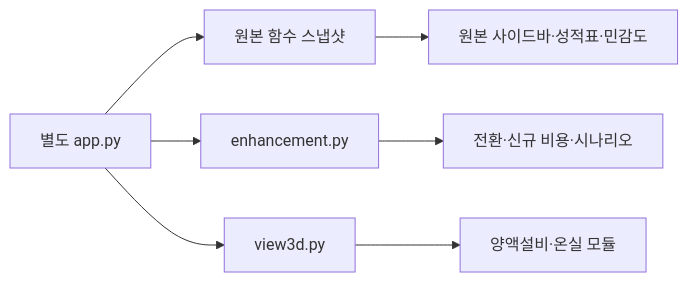
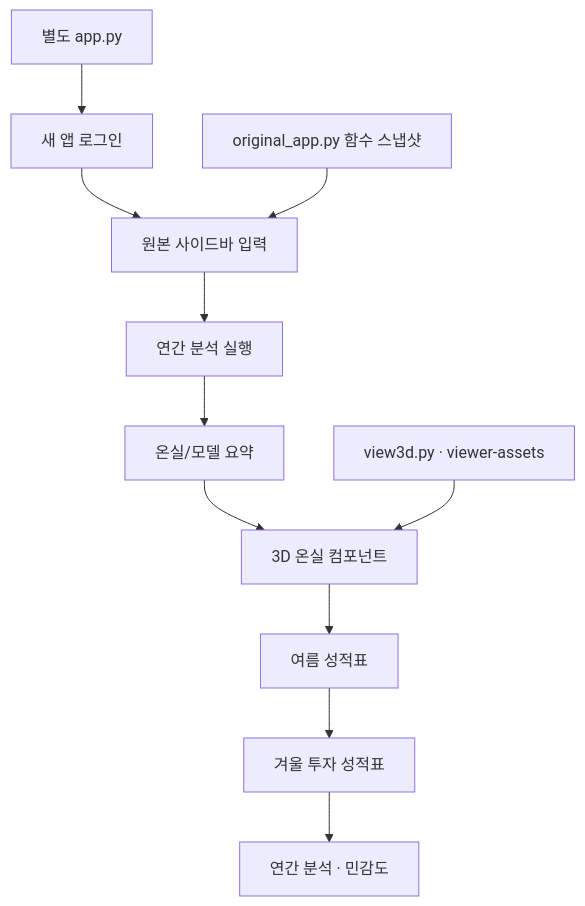
One commit to kuk-jong/fig-heating-decision-app changed the diagram in streamlit-enhanced/README.md. Above: the diagram before and after it, drawn with Mermaid. The commit also changed other lines of this file and 1 other file, not shown here.

Commit message:
Configure independent decision app title and login for deployment

````diff
--- a/streamlit-enhanced/README.md
+++ b/streamlit-enhanced/README.md
@@ -19,9 +24,13 @@
 ```mermaid
-flowchart LR
-  App[별도 app.py] --> Original[원본 함수 스냅샷]
-  App --> Extra[enhancement.py]
-  App --> View[view3d.py]
-  Original --> Results[원본 사이드바·성적표·민감도]
-  Extra --> Compare[전환·신규 비용·시나리오]
-  View --> Assets[양액설비·온실 모듈]
+flowchart TD
+  Entry[별도 app.py] --> Login[새 앱 로그인]
+  Login --> Inputs[원본 사이드바 입력]
+  Inputs --> Submit[연간 분석 실행]
+  Submit --> Summary[온실/모델 요약]
+  Summary --> View[3D 온실 컴포넌트]
+  View --> Summer[여름 성적표]
+  Summer --> Winter[겨울 투자 성적표]
+  Winter --> Annual[연간 분석 · 민감도]
+  Snapshot[original_app.py 함수 스냅샷] --> Inputs
+  Assets[view3d.py · viewer-assets] --> View
 ```
````
